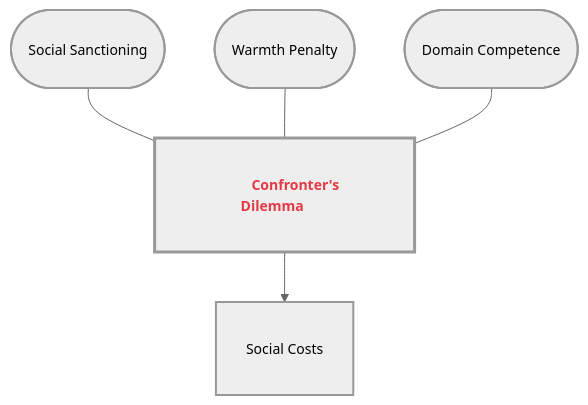
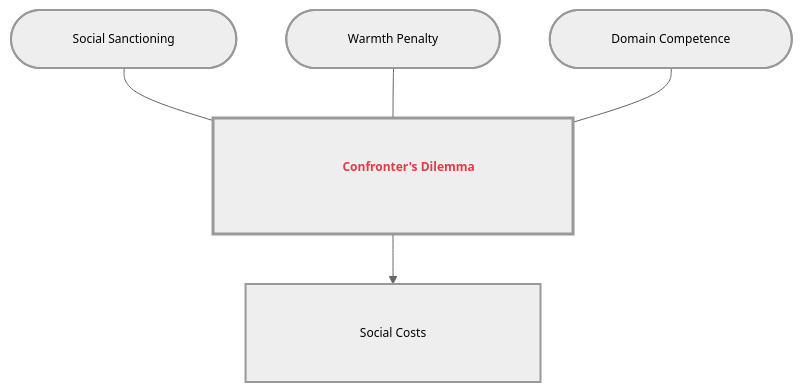
Before and after one commit to GM024/CourseSummaries: the fourth of 8 diagrams in Communication_Influence/Mastery_Guide_SOW_BS033.md, drawn with Mermaid. The commit also changed other lines of this file, not shown here.

Commit message:
GitHub-Hardened Overhaul: 10-space horizontal buffers and 40px global padding to fix text clipping

````diff
--- a/Communication_Influence/Mastery_Guide_SOW_BS033.md
+++ b/Communication_Influence/Mastery_Guide_SOW_BS033.md
@@ -138,14 +134,14 @@
 ```mermaid
-%%{init: { 'flowchart': { 'useMaxWidth': false, 'htmlLabels': true }, 'theme': 'neutral', 'themeVariables': { 'fontSize': '14px' }}}%%
+%%{init: { 'flowchart': { 'padding': 40, 'useMaxWidth': false, 'htmlLabels': true }, 'theme': 'neutral', 'themeVariables': { 'fontSize': '12px' }}}%%
 graph TD
-    classDef sandbox padding-left:20px,padding-right:20px,padding-top:10px,padding-bottom:10px,stroke-width:2px;
-    classDef hub padding-left:25px,padding-right:25px,padding-top:15px,padding-bottom:15px,stroke-width:3px,font-weight:bold;
+    classDef sandbox stroke-width:2px;
+    classDef hub stroke-width:3px,font-weight:bold;
 
-    Hub["<span style='color:#e63946'><b>Confronter's Dilemma</b></span>"]:::hub
+    Hub["&nbsp;&nbsp;&nbsp;&nbsp;&nbsp;&nbsp;&nbsp;&nbsp;&nbsp;&nbsp; <span style='color:#e63946'><b>Confronter's Dilemma</b></span> &nbsp;&nbsp;&nbsp;&nbsp;&nbsp;&nbsp;&nbsp;&nbsp;&nbsp;&nbsp;"]:::hub
     
-    S1(["Social Sanctioning"]):::sandbox --- Hub
-    S2(["Warmth Penalty"]):::sandbox --- Hub
-    S3(["Domain Competence"]):::sandbox --- Hub
+    S1(["&nbsp;&nbsp;&nbsp;&nbsp;&nbsp;&nbsp;&nbsp;&nbsp;&nbsp;&nbsp; Social Sanctioning &nbsp;&nbsp;&nbsp;&nbsp;&nbsp;&nbsp;&nbsp;&nbsp;&nbsp;&nbsp;"]):::sandbox --- Hub
+    S2(["&nbsp;&nbsp;&nbsp;&nbsp;&nbsp;&nbsp;&nbsp;&nbsp;&nbsp;&nbsp; Warmth Penalty &nbsp;&nbsp;&nbsp;&nbsp;&nbsp;&nbsp;&nbsp;&nbsp;&nbsp;&nbsp;"]):::sandbox --- Hub
+    S3(["&nbsp;&nbsp;&nbsp;&nbsp;&nbsp;&nbsp;&nbsp;&nbsp;&nbsp;&nbsp; Domain Competence &nbsp;&nbsp;&nbsp;&nbsp;&nbsp;&nbsp;&nbsp;&nbsp;&nbsp;&nbsp;"]):::sandbox --- Hub
     
-    Hub --> B1["Social Costs"]:::sandbox
+    Hub --> B1["&nbsp;&nbsp;&nbsp;&nbsp;&nbsp;&nbsp;&nbsp;&nbsp;&nbsp;&nbsp; Social Costs &nbsp;&nbsp;&nbsp;&nbsp;&nbsp;&nbsp;&nbsp;&nbsp;&nbsp;&nbsp;"]:::sandbox
 ```
````
